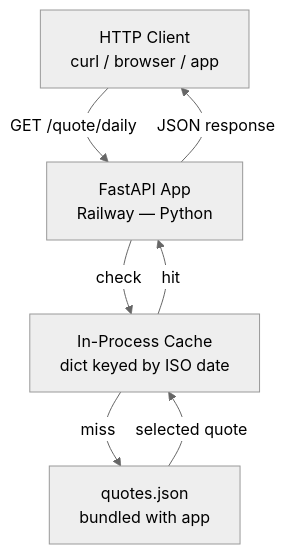
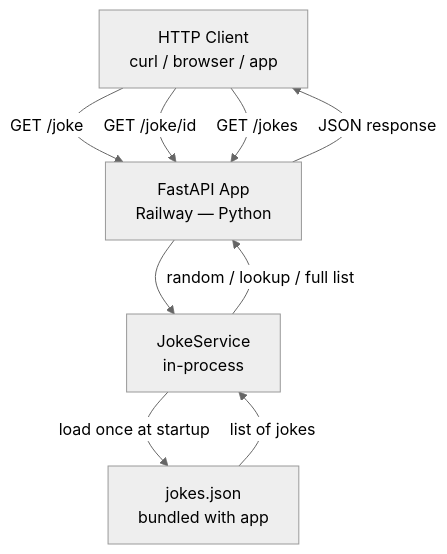
Before and after one commit to karelflack/ai-office: the diagram in projects/test-autodispatch/output/2026-04-06-system-architecture.md, drawn with Mermaid (neutral theme). The commit also changed other lines of this file and 18 other files, not shown here.

Commit message:
agent(bjorn): system architecture for random joke REST API — FastAPI, static JSON jokes, random selection, 3 endpoints, 4 ADRs

````diff
--- a/projects/test-autodispatch/output/2026-04-06-system-architecture.md
+++ b/projects/test-autodispatch/output/2026-04-06-system-architecture.md
@@ -20,14 +20,16 @@
 ```mermaid
 graph TD
     Client[HTTP Client<br/>curl / browser / app]
     API[FastAPI App<br/>Railway — Python]
-    Cache[In-Process Cache<br/>dict keyed by ISO date]
-    Quotes[quotes.json<br/>bundled with app]
+    Service[JokeService<br/>in-process]
+    Data[jokes.json<br/>bundled with app]
 
-    Client -->|GET /quote/daily| API
-    API -->|check| Cache
-    Cache -->|miss| Quotes
-    Quotes -->|selected quote| Cache
-    Cache -->|hit| API
+    Client -->|GET /joke| API
+    Client -->|GET /joke/id| API
+    Client -->|GET /jokes| API
+    API --> Service
+    Service -->|load once at startup| Data
+    Data -->|list of jokes| Service
+    Service -->|random / lookup / full list| API
     API -->|JSON response| Client
 ```
````
